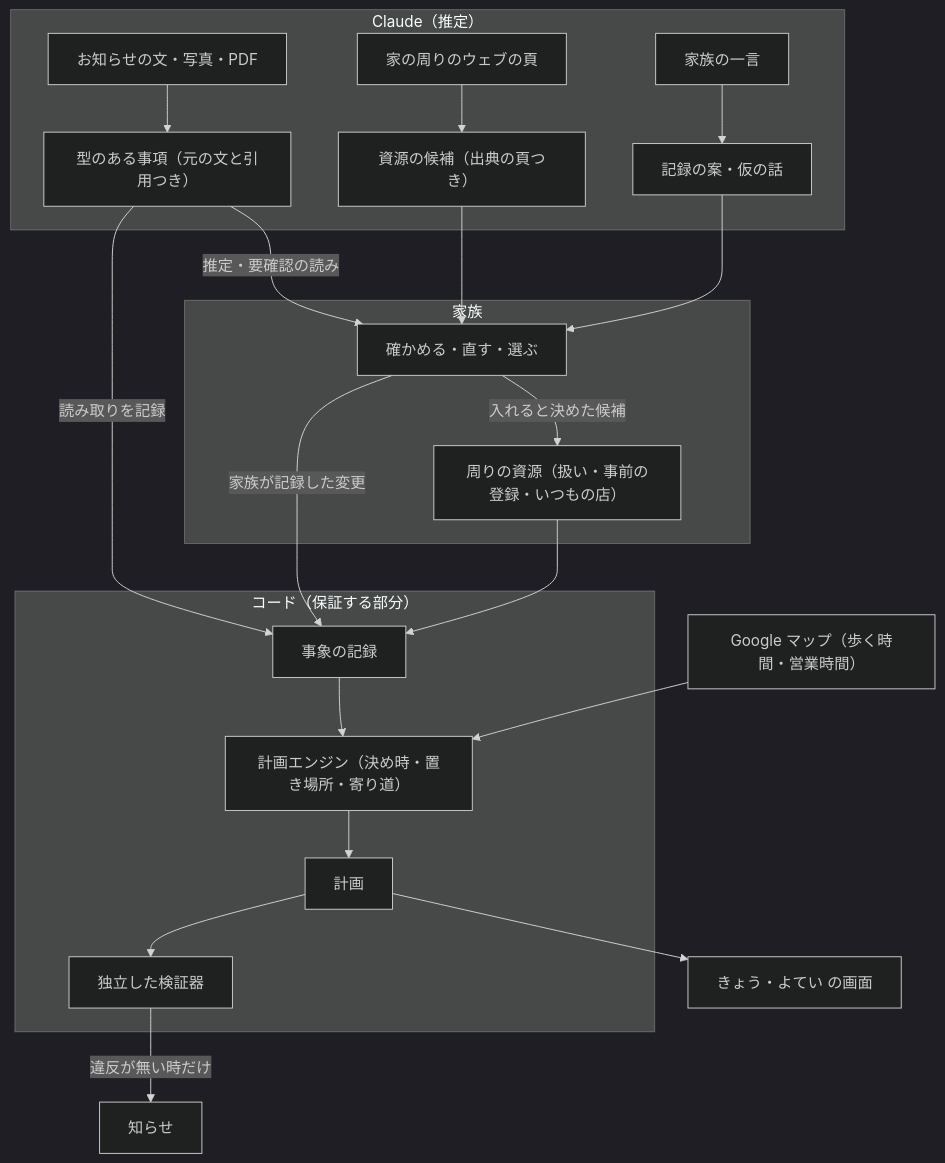
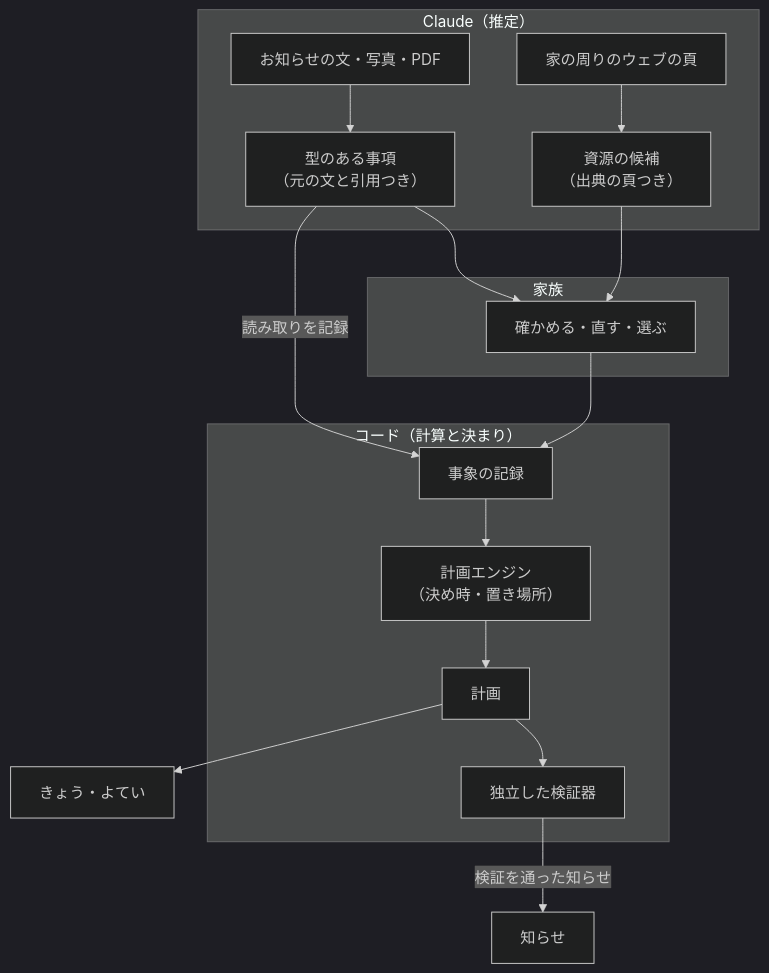
One commit to ChesterRa/maniau changed the diagram in README.md. Above: the diagram before and after it, drawn with Mermaid (dark theme). The commit also changed other lines of this file and 18 other files, not shown here.

````diff
--- a/README.md
+++ b/README.md
@@ -121,27 +91,21 @@
 ```mermaid
 flowchart TB
   subgraph sgClaude["Claude（推定）"]
-    notice["お知らせの文・写真・PDF"] --> facts["型のある事項（元の文と引用つき）"]
-    around["家の周りのウェブの頁"] --> cands["資源の候補（出典の頁つき）"]
-    said["家族の一言"] --> drafts["記録の案・仮の話"]
+    notice["お知らせの文・写真・PDF"] --> facts["型のある事項<br>（元の文と引用つき）"]
+    around["家の周りのウェブの頁"] --> cands["資源の候補<br>（出典の頁つき）"]
   end
   subgraph sgFamily["家族"]
     confirm["確かめる・直す・選ぶ"]
-    res["周りの資源（扱い・事前の登録・いつもの店）"]
   end
-  subgraph sgCode["コード（保証する部分）"]
-    log["事象の記録"] --> engine["計画エンジン（決め時・置き場所・寄り道）"]
+  subgraph sgCode["コード（計算と決まり）"]
+    log["事象の記録"] --> engine["計画エンジン<br>（決め時・置き場所）"]
     engine --> plan["計画"]
     plan --> verify["独立した検証器"]
   end
+  facts --> confirm
+  cands --> confirm
+  confirm --> log
   facts -->|読み取りを記録| log
-  facts -->|推定・要確認の読み| confirm
-  cands --> confirm
-  drafts --> confirm
-  confirm -->|入れると決めた候補| res
-  confirm -->|家族が記録した変更| log
-  res --> log
-  maps["Google マップ（歩く時間・営業時間）"] --> engine
-  plan --> today["きょう・よてい の画面"]
-  verify -->|違反が無い時だけ| push["知らせ"]
+  plan --> today["きょう・よてい"]
+  verify -->|検証を通った知らせ| push["知らせ"]
 ```
````
